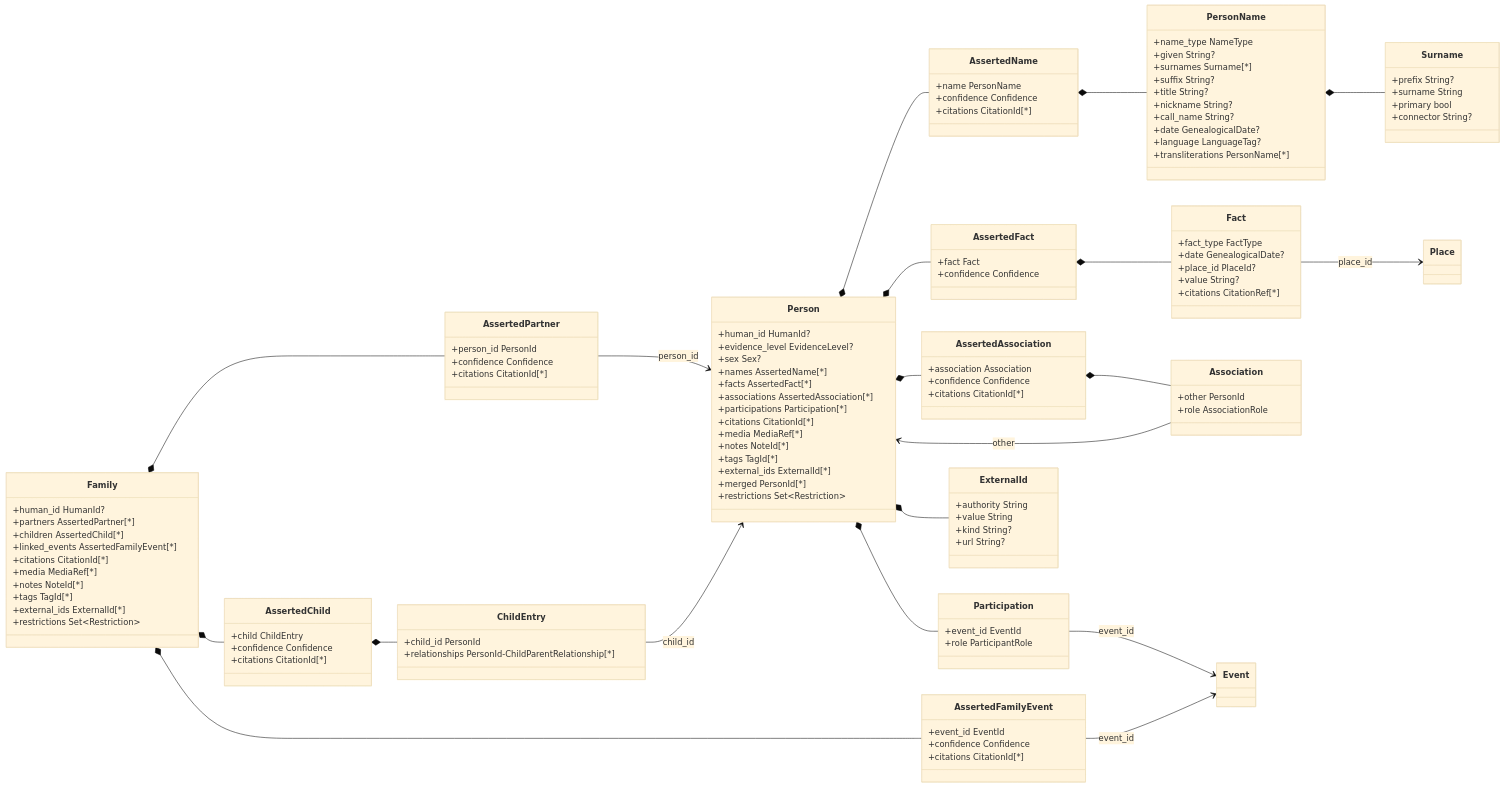
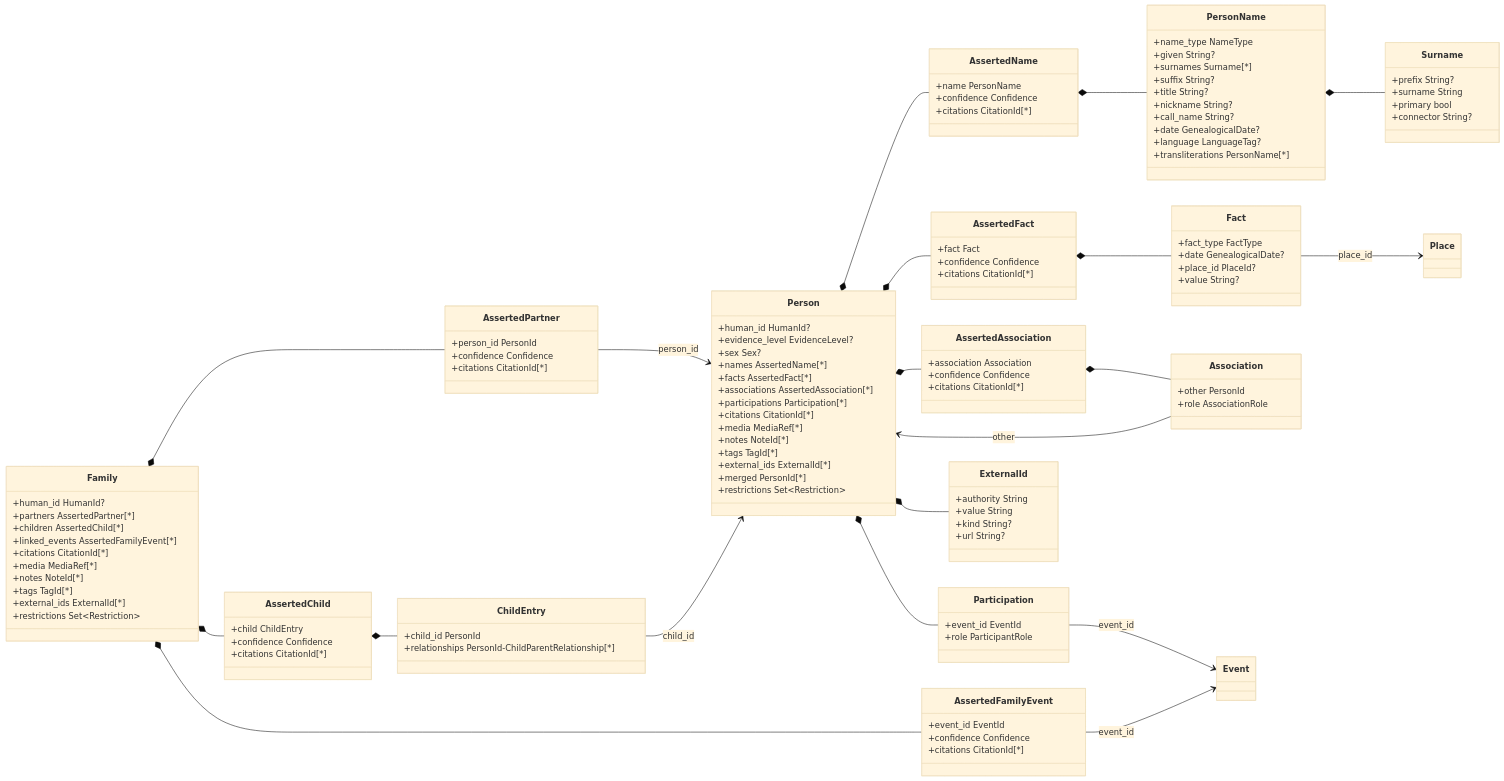
Before and after one commit to magne/vitni: the third of 7 diagrams in docs/data-model-diagram.md, drawn with Mermaid (base theme). The commit also changed other lines of this file and 2 other files, not shown here.

Commit message:
docs: sync data model docs with ADR 0020
Updates data-model.md §7 (Fact/Attribute shapes drop citations) and §8
(EventContext.citations is the sole evidence channel), the class diagram
(AssertedFact gains citations, Fact/Attribute drop them; MediaRef kept),
and ticks the PR-B1 checkboxes in the review plan.

```diff
--- a/docs/data-model-diagram.md
+++ b/docs/data-model-diagram.md
@@ -216,13 +216,13 @@
     class AssertedFact {
         +fact Fact
         +confidence Confidence
+        +citations CitationId[*]
     }
     class Fact {
         +fact_type FactType
         +date GenealogicalDate?
         +place_id PlaceId?
         +value String?
-        +citations CitationRef[*]
     }
     class AssertedAssociation {
         +association Association
```
